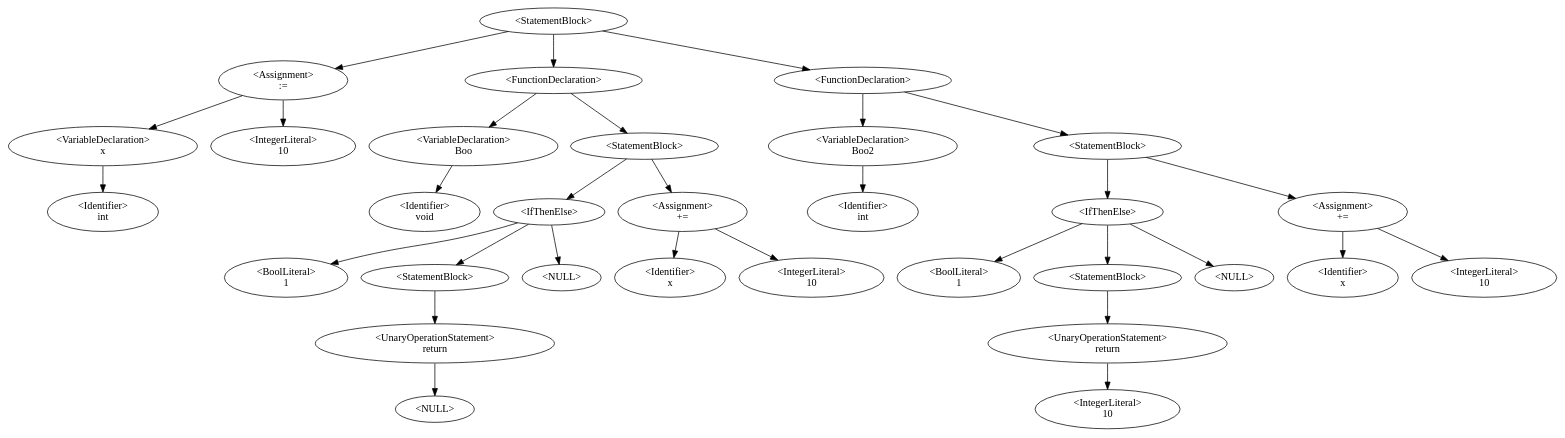
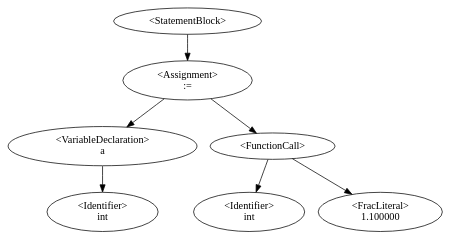
The diagram in Dino/Dino/AstDisplay.gv (QazmoQwerty/dino), drawn with Graphviz before and after one commit. The commit also changed 6 other files, not shown here.

```diff
--- a/Dino/Dino/AstDisplay.gv
+++ b/Dino/Dino/AstDisplay.gv
@@ -1,30 +1,9 @@
 digraph G {
-0 [label="<StatementBlock>"];0->3;0->7;0->18;
-3 [label="<Assignment>\n:="];3->2;3->4;
-2 [label="<VariableDeclaration>\nx"];2->1;
+0 [label="<StatementBlock>"];0->3;
+3 [label="<Assignment>\n:="];3->2;3->5;
+2 [label="<VariableDeclaration>\na"];2->1;
 1 [label="<Identifier>\nint"];
-4 [label="<IntegerLiteral>\n10"];
-7 [label="<FunctionDeclaration>\n"];7->6;7->8;
-6 [label="<VariableDeclaration>\nBoo"];6->5;
-5 [label="<Identifier>\nvoid"];
-8 [label="<StatementBlock>"];8->9;8->14;
-9 [label="<IfThenElse>"];9->10;9->11;9->-1;-1 [label="<NULL>"];
-10 [label="<BoolLiteral>\n1"];
-11 [label="<StatementBlock>"];11->12;
-12 [label="<UnaryOperationStatement>\nreturn"];12->-2;-2 [label="<NULL>"];
-14 [label="<Assignment>\n+="];14->13;14->15;
-13 [label="<Identifier>\nx"];
-15 [label="<IntegerLiteral>\n10"];
-18 [label="<FunctionDeclaration>\n"];18->17;18->19;
-17 [label="<VariableDeclaration>\nBoo2"];17->16;
-16 [label="<Identifier>\nint"];
-19 [label="<StatementBlock>"];19->20;19->26;
-20 [label="<IfThenElse>"];20->21;20->22;20->-3;-3 [label="<NULL>"];
-21 [label="<BoolLiteral>\n1"];
-22 [label="<StatementBlock>"];22->23;
-23 [label="<UnaryOperationStatement>\nreturn"];23->24;
-24 [label="<IntegerLiteral>\n10"];
-26 [label="<Assignment>\n+="];26->25;26->27;
-25 [label="<Identifier>\nx"];
-27 [label="<IntegerLiteral>\n10"];
+5 [label="<FunctionCall>\n"];5->4;5->6;
+4 [label="<Identifier>\nint"];
+6 [label="<FracLiteral>\n1.100000"];
 }
```
